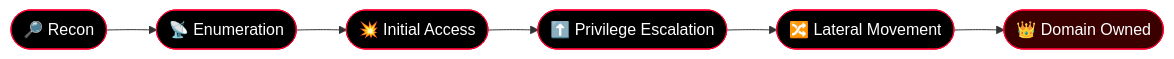
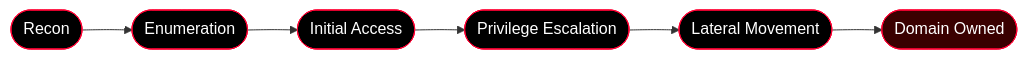
Before and after one commit to b4x0rn/b4x0rn: the diagram in README.md, drawn with Mermaid.

Commit message:
Remove emojis from attack chain diagram

````diff
--- a/README.md
+++ b/README.md
@@ -58,14 +58,14 @@
 ```mermaid
 flowchart LR
-    A([🔎 Recon]) --> B([📡 Enumeration])
-    B --> C([💥 Initial Access])
-    C --> D([⬆️ Privilege Escalation])
-    D --> E([🔀 Lateral Movement])
-    E --> F([👑 Domain Owned])
+    A([ Recon]) --> B([ Enumeration])
+    B --> C([ Initial Access])
+    C --> D([ Privilege Escalation])
+    D --> E([ Lateral Movement])
+    E --> F([ Domain Owned])
     style A fill:#000,stroke:#ff0033,color:#fff
     style B fill:#000,stroke:#ff0033,color:#fff
     style C fill:#000,stroke:#ff0033,color:#fff
     style D fill:#000,stroke:#ff0033,color:#fff
     style E fill:#000,stroke:#ff0033,color:#fff
     style F fill:#3a0000,stroke:#ff0033,color:#fff
 ```
````
